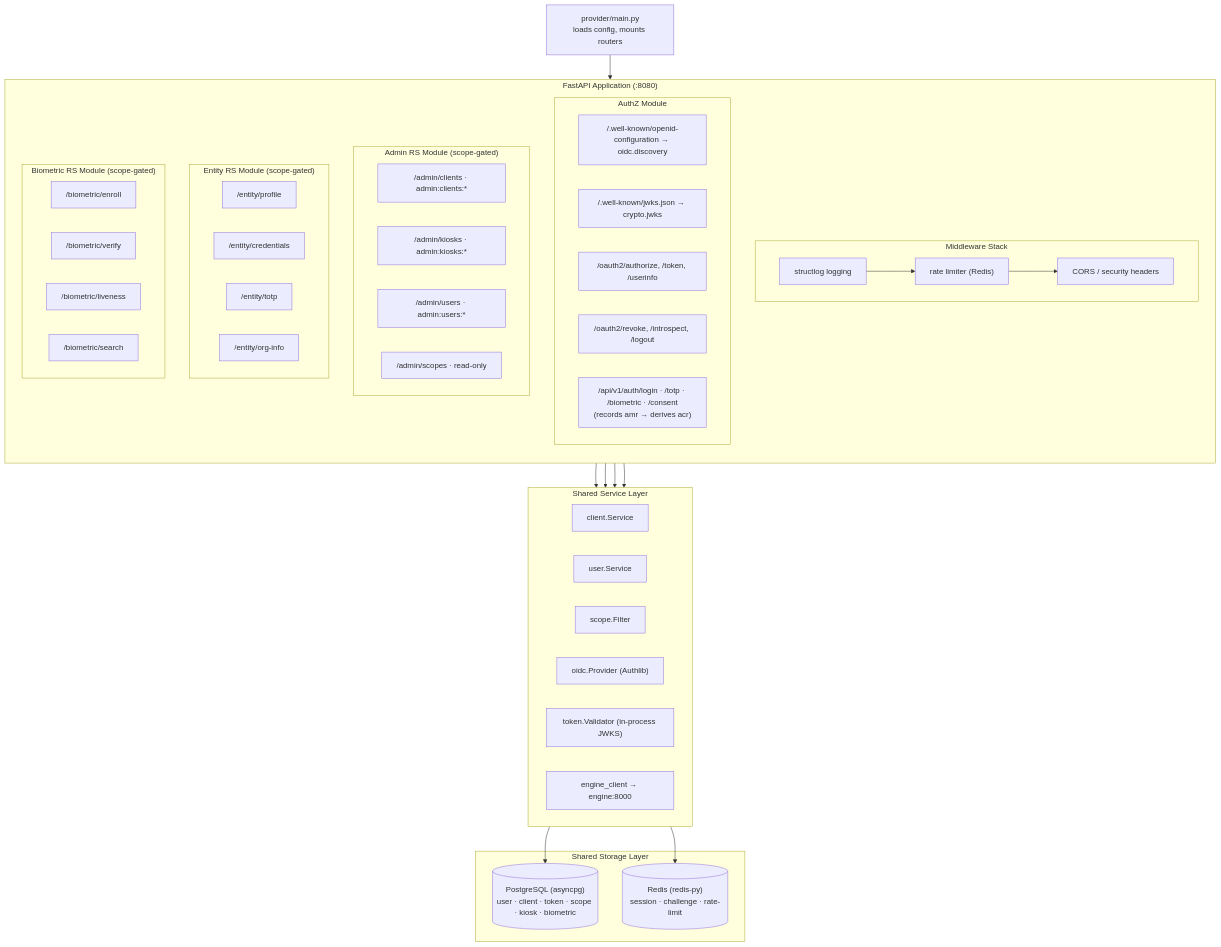
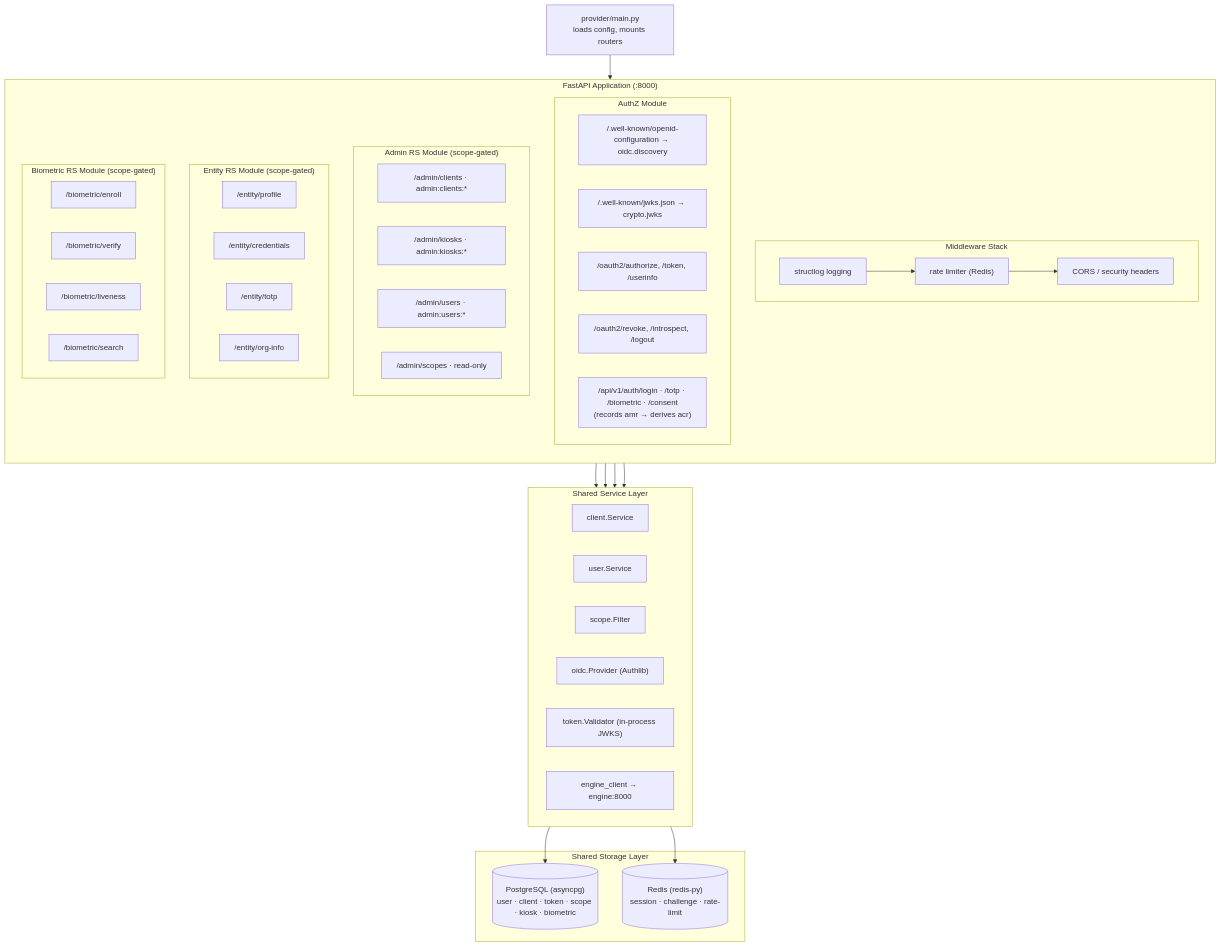
The tenth of 11 diagrams in README.md (yephonekyaw/iden), drawn with Mermaid before and after one commit. The commit also changed other lines of this file, not shown here.

Commit message:
[docs]: Update README.md to enhance system architecture diagrams and clarify component roles

````diff
--- a/README.md
+++ b/README.md
@@ -466,63 +483,63 @@
 ```mermaid
 flowchart TB
   Entry["provider/main.py<br/>loads config, mounts routers"]
 
-  subgraph App["FastAPI Application (:8080)"]
+  subgraph App["FastAPI Application (:8000)"]
     direction TB
 
     subgraph Middleware["Middleware Stack"]
       MW1["structlog logging"] --> MW2["rate limiter (Redis)"] --> MW3["CORS / security headers"]
     end
 
     subgraph AuthZMod["AuthZ Module"]
       AZ1["/.well-known/openid-configuration → oidc.discovery"]
       AZ2["/.well-known/jwks.json → crypto.jwks"]
       AZ3["/oauth2/authorize, /token, /userinfo"]
       AZ4["/oauth2/revoke, /introspect, /logout"]
       AZ5["/api/v1/auth/login · /totp · /biometric · /consent<br/>(records amr → derives acr)"]
     end
 
     subgraph AdminMod["Admin RS Module (scope-gated)"]
       AD1["/admin/clients · admin:clients:*"]
       AD2["/admin/kiosks · admin:kiosks:*"]
       AD3["/admin/users · admin:users:*"]
       AD4["/admin/scopes · read-only"]
     end
 
     subgraph EntityMod["Entity RS Module (scope-gated)"]
       EN1["/entity/profile"]
       EN2["/entity/credentials"]
       EN3["/entity/totp"]
       EN4["/entity/org-info"]
     end
 
     subgraph BioMod["Biometric RS Module (scope-gated)"]
       BI1["/biometric/enroll"]
       BI2["/biometric/verify"]
       BI3["/biometric/liveness"]
       BI4["/biometric/search"]
     end
   end
 
   subgraph Shared["Shared Service Layer"]
     SV1["client.Service"]
     SV2["user.Service"]
     SV3["scope.Filter"]
     SV4["oidc.Provider (Authlib)"]
     SV5["token.Validator (in-process JWKS)"]
     SV6["engine_client → engine:8000"]
   end
 
   subgraph Storage["Shared Storage Layer"]
     PG[("PostgreSQL (asyncpg)<br/>user · client · token · scope · kiosk · biometric")]
     RD[("Redis (redis-py)<br/>session · challenge · rate-limit")]
   end
 
   Entry --> App
   AuthZMod --> Shared
   AdminMod --> Shared
   EntityMod --> Shared
   BioMod --> Shared
   Shared --> PG
   Shared --> RD
 ```
````
